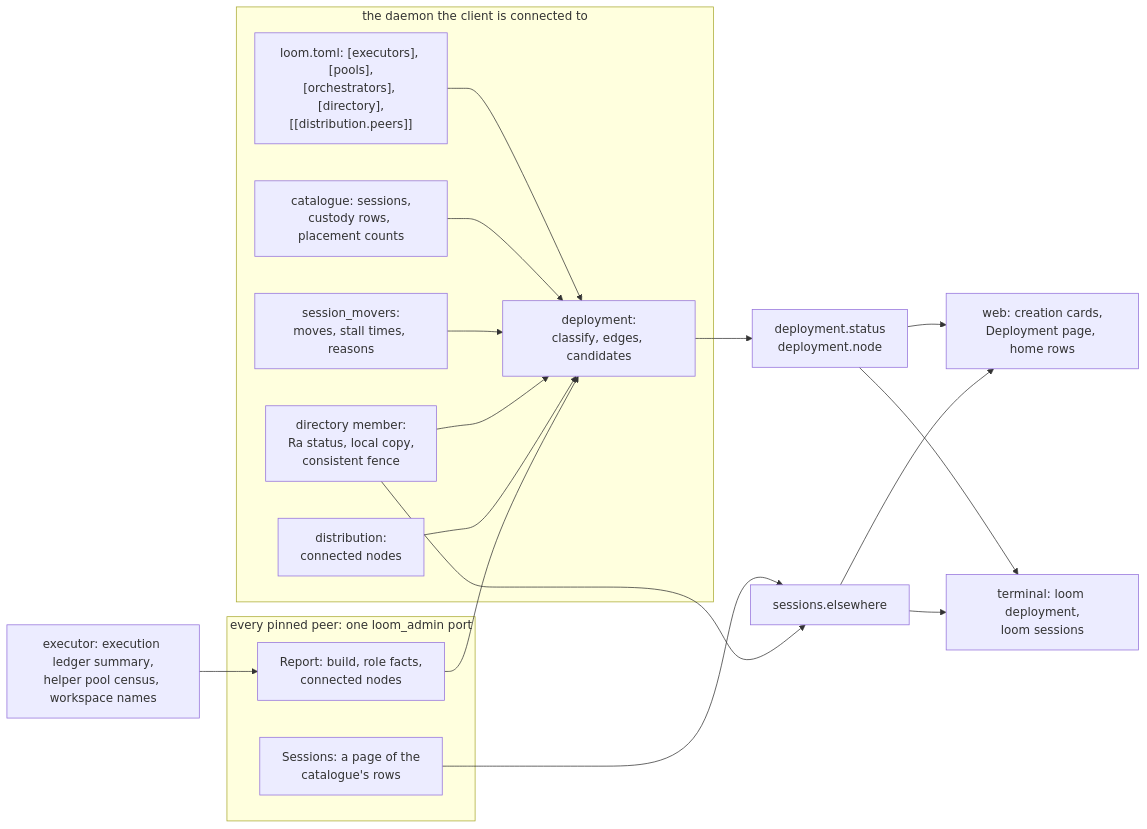
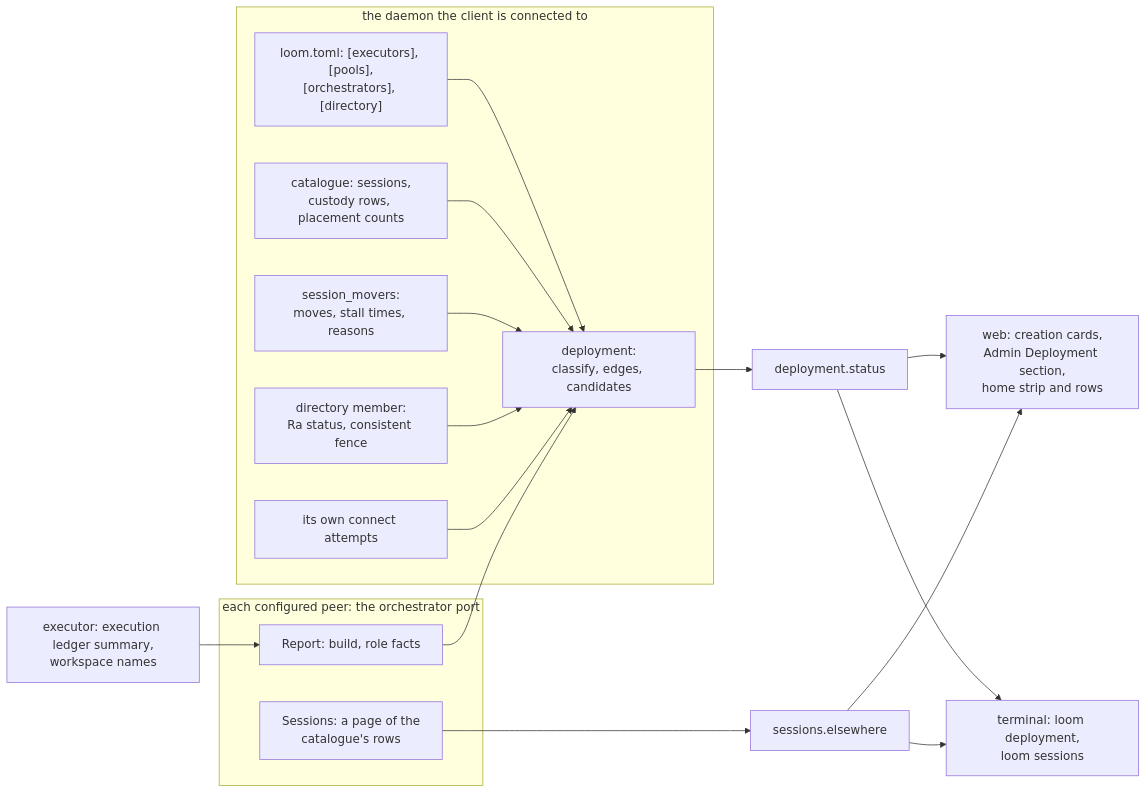
One commit to Roasbeef/loom changed the diagram in docs/design-notes/distributed-admin-surface.md. Above: the diagram before and after it, drawn with Mermaid. The commit also changed other lines of this file, not shown here.

````diff
--- a/docs/design-notes/distributed-admin-surface.md
+++ b/docs/design-notes/distributed-admin-surface.md
@@ -132,32 +126,31 @@
 ```mermaid
 flowchart LR
     subgraph asked["the daemon the client is connected to"]
-        cfg["loom.toml: [executors], [pools],<br/>[orchestrators], [directory],<br/>[[distribution.peers]]"]
+        cfg["loom.toml: [executors], [pools],<br/>[orchestrators], [directory]"]
         cat["catalogue: sessions,<br/>custody rows, placement counts"]
         mov["session_movers:<br/>moves, stall times, reasons"]
-        mem["directory member:<br/>Ra status, local copy,<br/>consistent fence"]
-        dist["distribution:<br/>connected nodes"]
+        mem["directory member:<br/>Ra status, consistent fence"]
+        con["its own connect attempts"]
         cls["deployment:<br/>classify, edges, candidates"]
     end
-    subgraph peers["every pinned peer: one loom_admin port"]
-        rep["Report: build, role facts,<br/>connected nodes"]
+    subgraph peers["each configured peer: the orchestrator port"]
+        rep["Report: build, role facts"]
         ses["Sessions: a page of the<br/>catalogue's rows"]
     end
-    exe["executor: execution ledger summary,<br/>helper pool census, workspace names"]
-    cmd1["deployment.status<br/>deployment.node"]
+    exe["executor: execution ledger summary,<br/>workspace names"]
+    cmd1["deployment.status"]
     cmd2["sessions.elsewhere"]
     cfg --> cls
     cat --> cls
     mov --> cls
     mem --> cls
-    dist --> cls
+    con --> cls
     exe --> rep
     rep --> cls
     ses --> cmd2
-    mem --> cmd2
     cls --> cmd1
-    cmd1 --> web["web: creation cards,<br/>Deployment page, home rows"]
+    cmd1 --> web["web: creation cards,<br/>Admin Deployment section,<br/>home strip and rows"]
     cmd1 --> tty["terminal: loom deployment,<br/>loom sessions"]
     cmd2 --> web
     cmd2 --> tty
 ```
````
